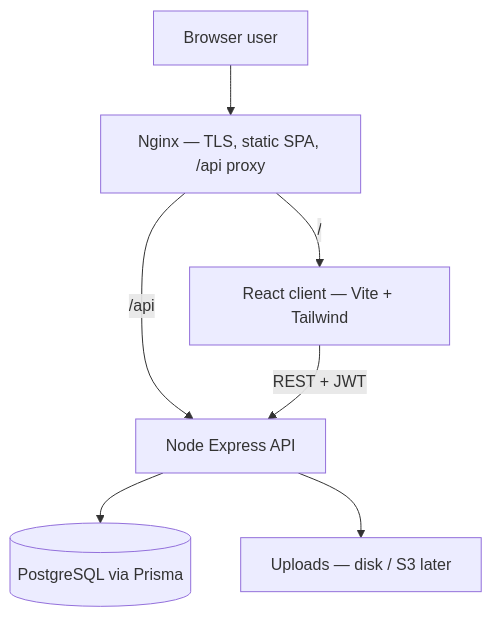
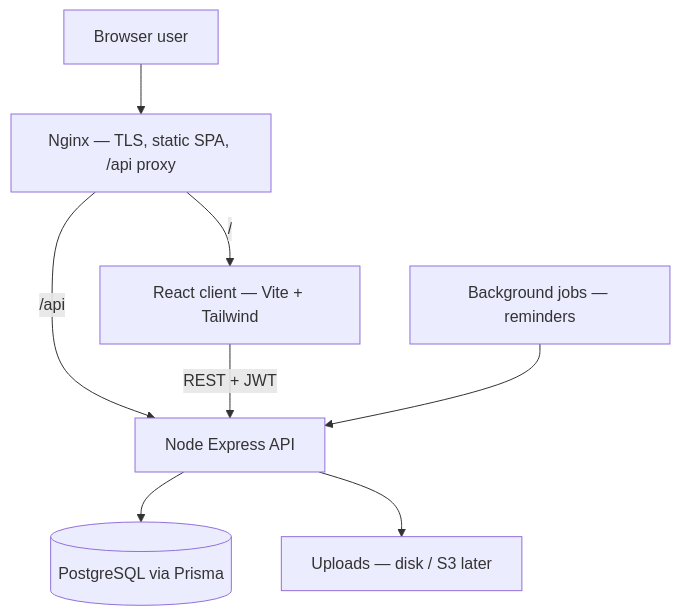
Before and after one commit to radheshDelphic12/delphic-one-new: the third of 12 diagrams in docs/architecture/ARCHITECTURE-OVERVIEW.md, drawn with Mermaid. The commit also changed other lines of this file, not shown here.

Commit message:
docs: update README and architecture diagrams for multi-company platform

````diff
--- a/docs/architecture/ARCHITECTURE-OVERVIEW.md
+++ b/docs/architecture/ARCHITECTURE-OVERVIEW.md
@@ -101,16 +112,17 @@
 ```mermaid
 flowchart TB
   User[Browser user]
   Nginx[Nginx — TLS, static SPA, /api proxy]
   Client[React client — Vite + Tailwind]
   API[Node Express API]
   DB[(PostgreSQL via Prisma)]
   Store[Uploads — disk / S3 later]
 
   User --> Nginx
   Nginx -->|/| Client
   Nginx -->|/api| API
   Client -->|REST + JWT| API
+  Jobs[Background jobs — reminders] --> API
   API --> DB
   API --> Store
 ```
````
